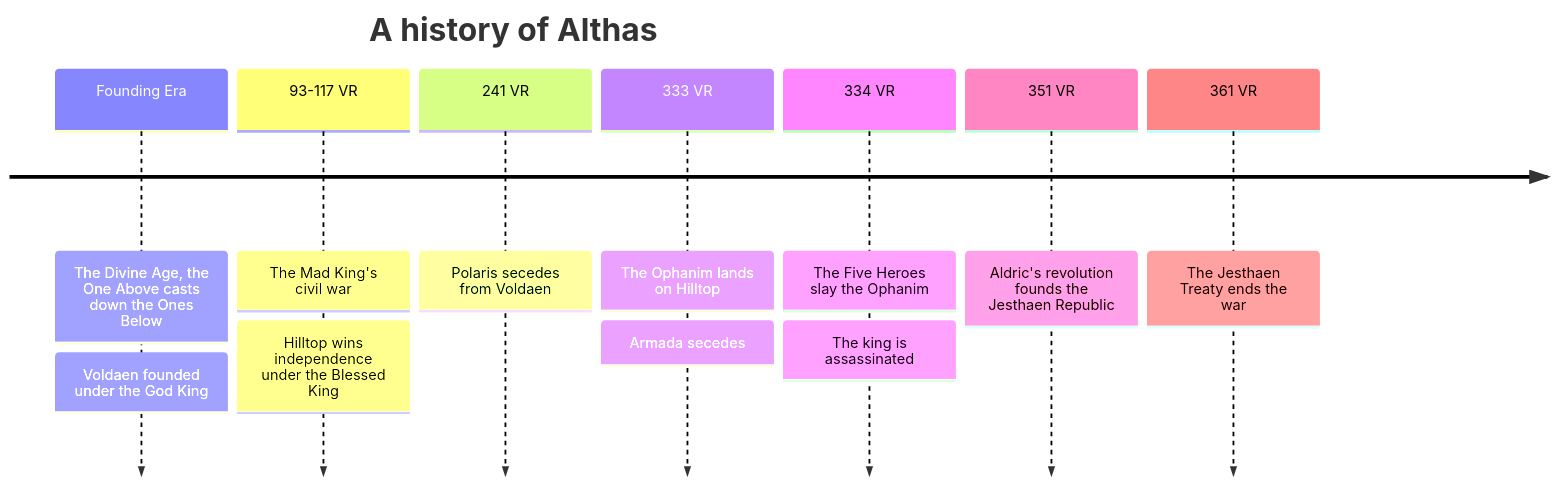
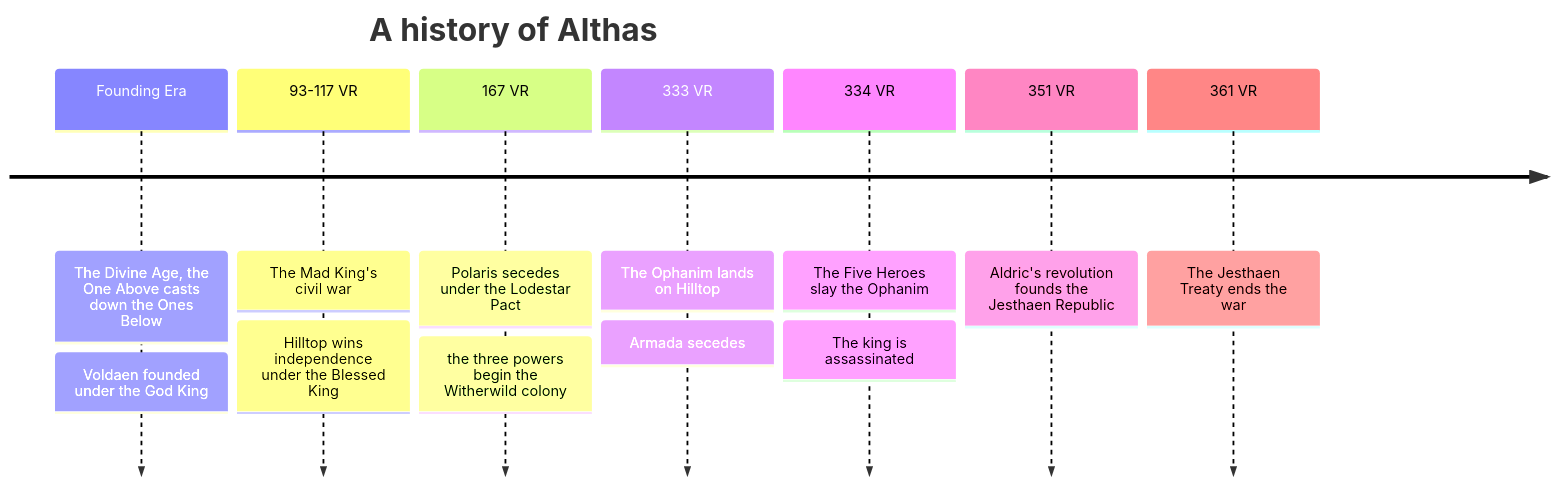
Before and after one commit to EgoAlt/althas-wiki: the diagram in content/setting/timeline.md, drawn with Mermaid. The commit also changed other lines of this file and 59 other files, not shown here.

````diff
--- a/content/setting/timeline.md
+++ b/content/setting/timeline.md
@@ -11,11 +11,11 @@
 ```mermaid
 timeline
     title A history of Althas
     Founding Era : The Divine Age, the One Above casts down the Ones Below : Voldaen founded under the God King
     93-117 VR : The Mad King's civil war : Hilltop wins independence under the Blessed King
-    241 VR : Polaris secedes from Voldaen
+    167 VR : Polaris secedes under the Lodestar Pact : the three powers begin the Witherwild colony
     333 VR : The Ophanim lands on Hilltop : Armada secedes
     334 VR : The Five Heroes slay the Ophanim : The king is assassinated
     351 VR : Aldric's revolution founds the Jesthaen Republic
     361 VR : The Jesthaen Treaty ends the war
 ```
````
